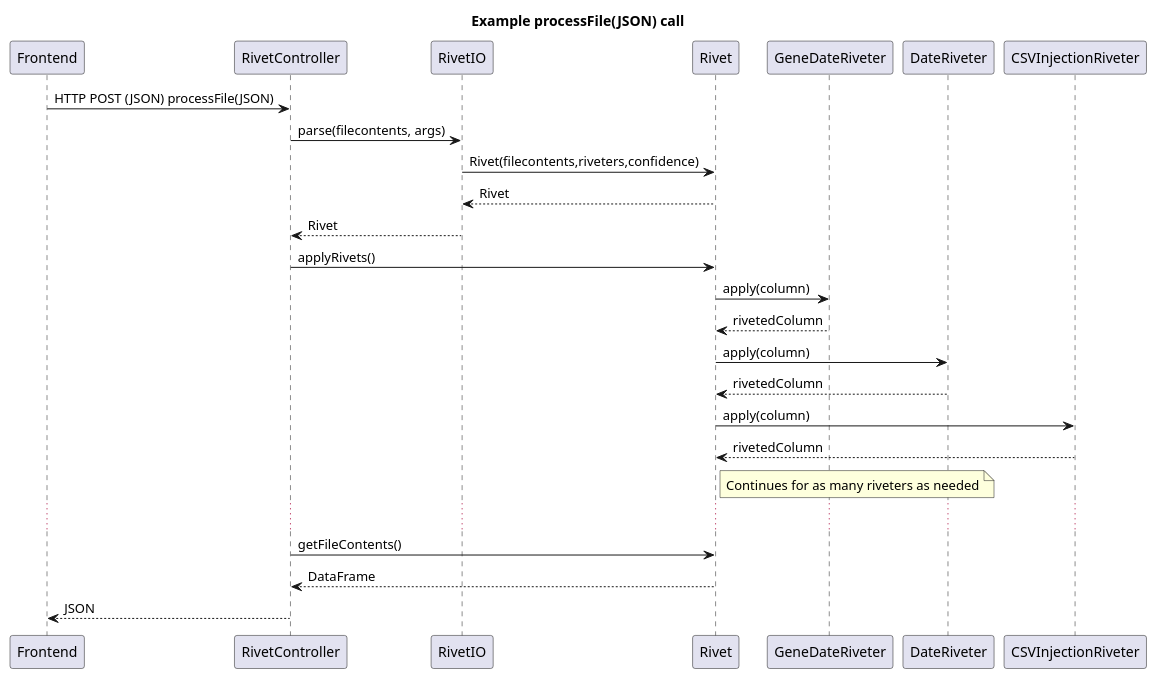
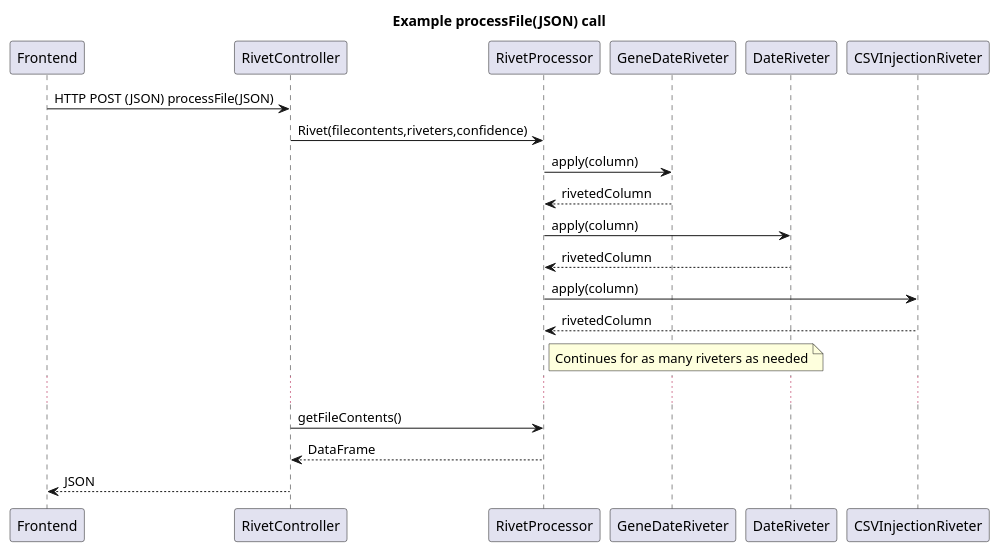
One commit to mwklose/RosieRivet changed the diagram in design/Sequence_diagram.plantuml. Above: the diagram before and after it, drawn with PlantUML. The commit also changed 10 other files, not shown here.

Commit message:
Created updated PlantUML files for design features; IPR1

```diff
--- a/design/Sequence_diagram.plantuml
+++ b/design/Sequence_diagram.plantuml
@@ -1,26 +1,20 @@
 @startuml Sequence_diagram
 
 title Example processFile(JSON) call
 'Handle Rivet creation
 Frontend -> RivetController: HTTP POST (JSON) processFile(JSON)
-RivetController -> RivetIO: parse(filecontents, args)
-RivetIO -> Rivet: Rivet(filecontents,riveters,confidence)
-Rivet --> RivetIO: Rivet
-RivetIO --> RivetController: Rivet
-
-'Apply Riveters
-RivetController -> Rivet: applyRivets()
-Rivet -> GeneDateRiveter: apply(column)
-GeneDateRiveter --> Rivet: rivetedColumn
-Rivet -> DateRiveter: apply(column)
-DateRiveter --> Rivet: rivetedColumn
-Rivet -> CSVInjectionRiveter: apply(column)
-CSVInjectionRiveter --> Rivet: rivetedColumn
-note right of Rivet: Continues for as many riveters as needed
+RivetController -> RivetProcessor: Rivet(filecontents,riveters,confidence)
+RivetProcessor -> GeneDateRiveter: apply(column)
+GeneDateRiveter --> RivetProcessor: rivetedColumn
+RivetProcessor -> DateRiveter: apply(column)
+DateRiveter --> RivetProcessor: rivetedColumn
+RivetProcessor -> CSVInjectionRiveter: apply(column)
+CSVInjectionRiveter --> RivetProcessor: rivetedColumn
+note right of RivetProcessor: Continues for as many riveters as needed
 ...
 
-RivetController -> Rivet: getFileContents()
-Rivet --> RivetController: DataFrame
+RivetController -> RivetProcessor: getFileContents()
+RivetProcessor --> RivetController: DataFrame
 RivetController --> Frontend: JSON
 
 @enduml
```
